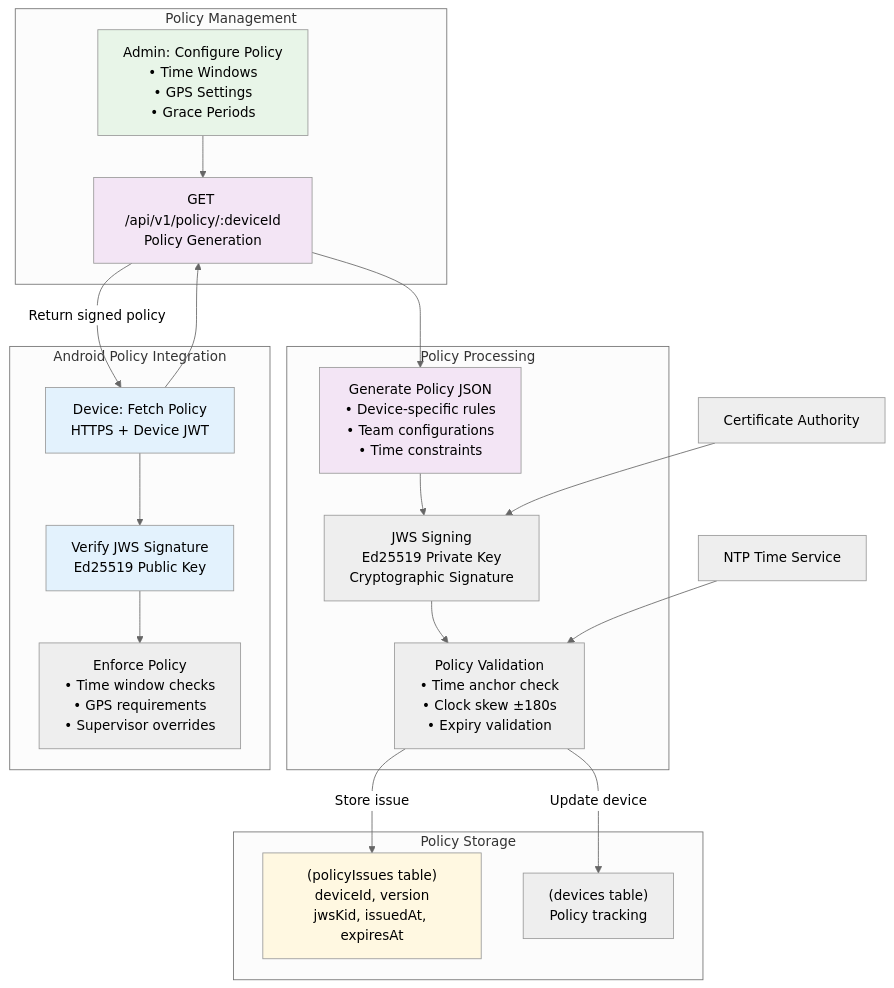
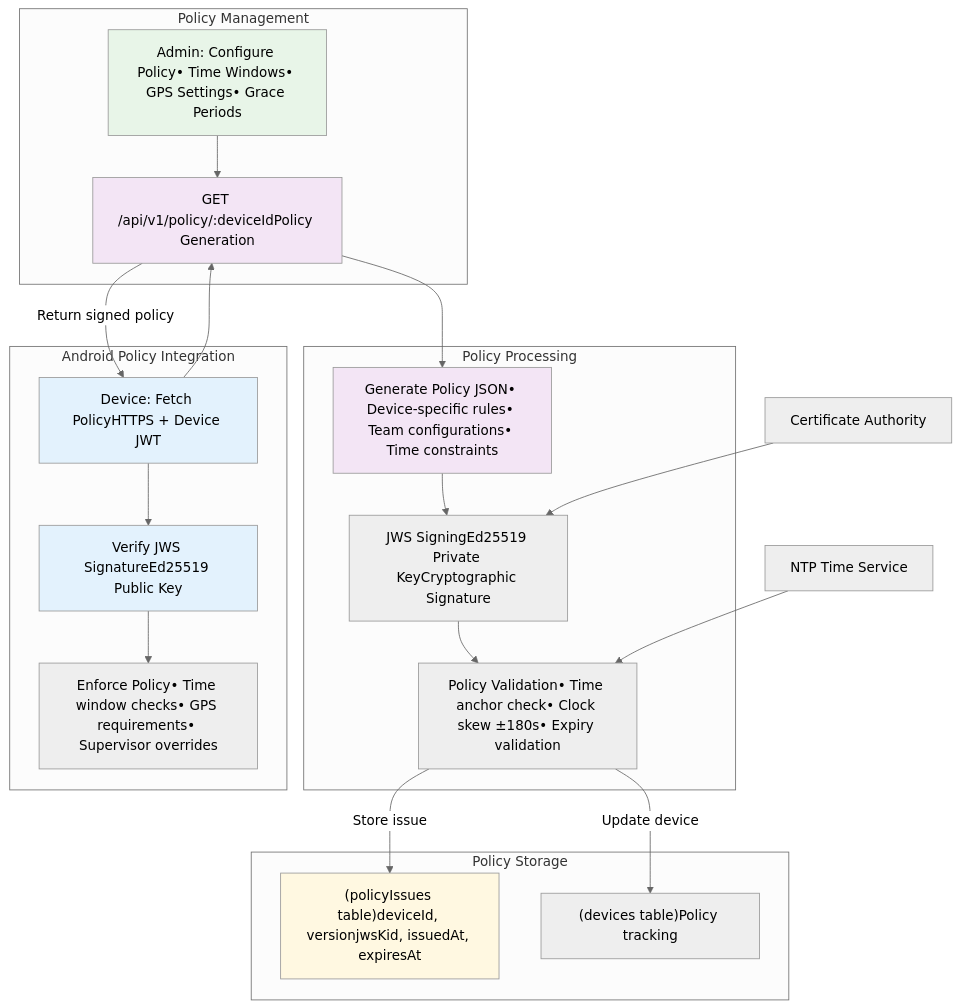
Before and after one commit to drguptavivek/launcher: the fourth of 6 diagrams in README.md, drawn with Mermaid (neutral theme). The commit also changed other lines of this file, not shown here.

````diff
--- a/README.md
+++ b/README.md
@@ -213,49 +213,50 @@
 ```mermaid
 flowchart TD
     subgraph "Policy Configuration" [Policy Management]
-        AdminPolicy[Admin: Configure Policy<br/>• Time Windows<br/>• GPS Settings<br/>• Grace Periods]
-        PolicyAPI[GET /api/v1/policy/:deviceId<br/>Policy Generation]
+        AdminPolicy[Admin: Configure Policy• Time Windows• GPS Settings• Grace Periods]
+        PolicyAPI[GET /api/v1/policy/:deviceIdPolicy Generation]
     end
 
     subgraph "Policy Service" [Policy Processing]
-        PolicyGen[Generate Policy JSON<br/>• Device-specific rules<br/>• Team configurations<br/>• Time constraints]
-        JWS_Sign[JWS Signing<br/>Ed25519 Private Key<br/>Cryptographic Signature]
-        PolicyValidation[Policy Validation<br/>• Time anchor check<br/>• Clock skew ±180s<br/>• Expiry validation]
+        PolicyGen[Generate Policy JSON• Device-specific rules• Team configurations• Time constraints]
+        JWS_Sign[JWS SigningEd25519 Private KeyCryptographic Signature]
+        PolicyValidation[Policy Validation• Time anchor check• Clock skew ±180s• Expiry validation]
     end
 
     subgraph "Device Integration" [Android Policy Integration]
-        PolicyFetch[Device: Fetch Policy<br/>HTTPS + Device JWT]
-        PolicyVerify[Verify JWS Signature<br/>Ed25519 Public Key]
-        PolicyEnforce[Enforce Policy<br/>• Time window checks<br/>• GPS requirements<br/>• Supervisor overrides]
+        PolicyFetch[Device: Fetch PolicyHTTPS + Device JWT]
+        PolicyVerify[Verify JWS SignatureEd25519 Public Key]
+        PolicyEnforce[Enforce Policy• Time window checks• GPS requirements• Supervisor overrides]
     end
 
     subgraph "Database" [Policy Storage]
-        PolicyTable["(policyIssues table)<br/>deviceId, version<br/>jwsKid, issuedAt, expiresAt"]
-        DeviceTable["(devices table)<br/>Policy tracking"]
+        PolicyTable["(policyIssues table)deviceId, versionjwsKid, issuedAt, expiresAt"]
+        DeviceTable["(devices table)Policy tracking"
+        ]
     end
 
     %% Policy Flow
     AdminPolicy --> PolicyAPI
     PolicyAPI --> PolicyGen
     PolicyGen --> JWS_Sign
     JWS_Sign --> PolicyValidation
     PolicyValidation --> |Store issue| PolicyTable
     PolicyValidation --> |Update device| DeviceTable
 
     %% Device Flow
     PolicyFetch --> PolicyAPI
     PolicyAPI --> |Return signed policy| PolicyFetch
     PolicyFetch --> PolicyVerify
     PolicyVerify --> PolicyEnforce
 
     %% External Services
     TimeService[NTP Time Service] --> PolicyValidation
     CertAuth[Certificate Authority] --> JWS_Sign
 
     style AdminPolicy fill:#e8f5e8
     style PolicyAPI fill:#f3e5f5
     style PolicyGen fill:#f3e5f5
     style PolicyFetch fill:#e3f2fd
     style PolicyVerify fill:#e3f2fd
     style PolicyTable fill:#fff8e1
 ```
````
